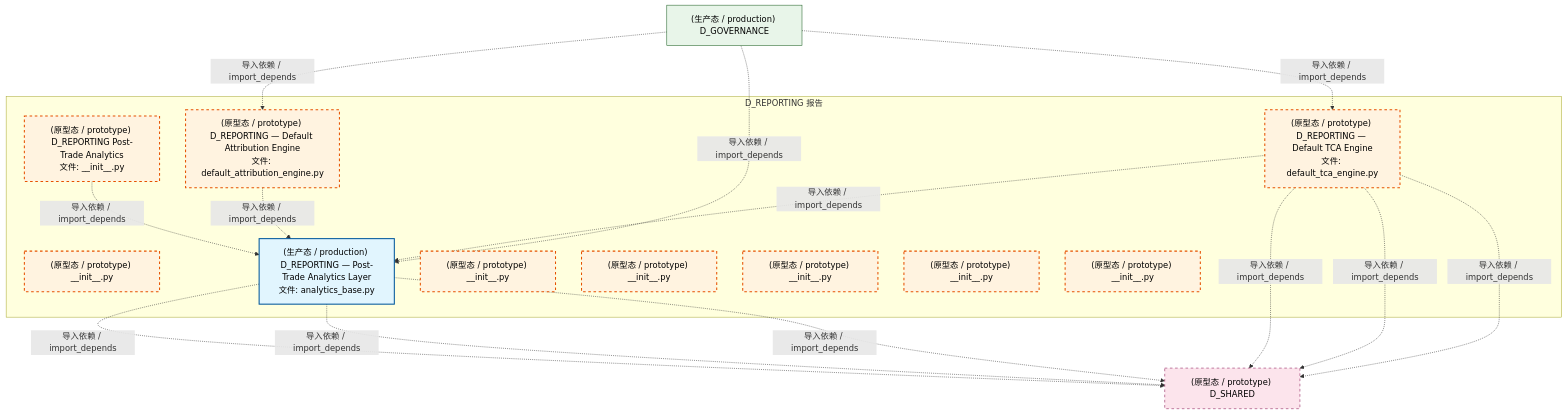
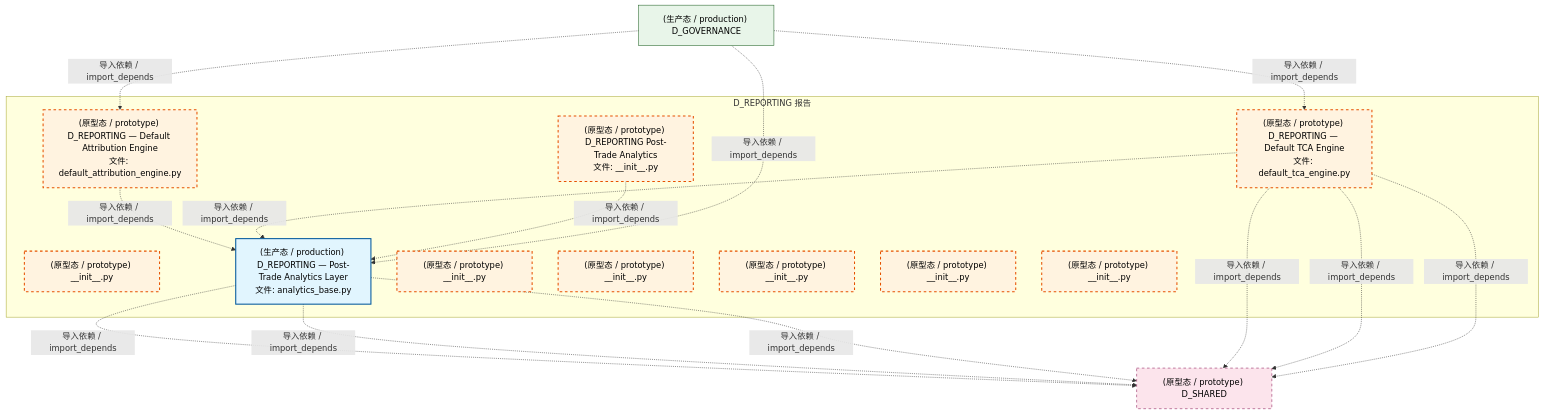
One commit to xuanFelixVan/ZephyrAlpha changed the first of 4 diagrams in docs/02_enterprise_architecture/02_domain_architecture_docs/16_d_reporting.md. Above: the diagram before and after it, drawn with Mermaid. The commit also changed other lines of this file and 100 other files, not shown here.

````diff
--- a/docs/02_enterprise_architecture/02_domain_architecture_docs/16_d_reporting.md
+++ b/docs/02_enterprise_architecture/02_domain_architecture_docs/16_d_reporting.md
@@ -73,37 +73,37 @@
 ```mermaid
 graph TD
     subgraph D_REPORTING["D_REPORTING 报告"]
         src_zephyr_reporting_init_py["(原型态 / prototype) D_REPORTING Post-Trade Analytics<br/>文件: __init__.py"]
         src_zephyr_reporting_extensions_init_py["(原型态 / prototype) __init__.py"]
         src_zephyr_reporting_analytics_base_py["(生产态 / production) D_REPORTING — Post-Trade Analytics Layer<br/>文件: analytics_base.py"]
         src_zephyr_reporting_api_init_py["(原型态 / prototype) __init__.py"]
         src_zephyr_reporting_core_init_py["(原型态 / prototype) __init__.py"]
         src_zephyr_reporting_default_attribution_engine_py["(原型态 / prototype) D_REPORTING — Default Attribution Engine<br/>文件: default_attribution_engine.py"]
         src_zephyr_reporting_default_tca_engine_py["(原型态 / prototype) D_REPORTING — Default TCA Engine<br/>文件: default_tca_engine.py"]
         src_zephyr_reporting_infrastructure_init_py["(原型态 / prototype) __init__.py"]
         src_zephyr_reporting_models_init_py["(原型态 / prototype) __init__.py"]
         src_zephyr_reporting_services_init_py["(原型态 / prototype) __init__.py"]
     end
-    src_zephyr_reporting_init_py -.->|导入依赖 / import_depends| src_zephyr_reporting_analytics_base_py
     src_zephyr_reporting_default_attribution_engine_py -.->|导入依赖 / import_depends| src_zephyr_reporting_analytics_base_py
     src_zephyr_reporting_default_tca_engine_py -.->|导入依赖 / import_depends| src_zephyr_reporting_analytics_base_py
+    src_zephyr_reporting_init_py -.->|导入依赖 / import_depends| src_zephyr_reporting_analytics_base_py
     D_SHARED["(原型态 / prototype) D_SHARED"]
     src_zephyr_reporting_analytics_base_py -.->|导入依赖 / import_depends| D_SHARED
     src_zephyr_reporting_analytics_base_py -.->|导入依赖 / import_depends| D_SHARED
     src_zephyr_reporting_analytics_base_py -.->|导入依赖 / import_depends| D_SHARED
     src_zephyr_reporting_default_tca_engine_py -.->|导入依赖 / import_depends| D_SHARED
     src_zephyr_reporting_default_tca_engine_py -.->|导入依赖 / import_depends| D_SHARED
     src_zephyr_reporting_default_tca_engine_py -.->|导入依赖 / import_depends| D_SHARED
     D_GOVERNANCE["(生产态 / production) D_GOVERNANCE"]
     D_GOVERNANCE -.->|导入依赖 / import_depends| src_zephyr_reporting_default_tca_engine_py
     D_GOVERNANCE -.->|导入依赖 / import_depends| src_zephyr_reporting_default_attribution_engine_py
     D_GOVERNANCE -.->|导入依赖 / import_depends| src_zephyr_reporting_analytics_base_py
     classDef production fill:#e1f5fe,stroke:#01579b,stroke-width:2px,color:#000
     classDef design fill:#fff3e0,stroke:#e65100,stroke-width:2px,color:#000,stroke-dasharray: 5 5
     classDef external_prod fill:#e8f5e9,stroke:#1b5e20,stroke-width:1px,color:#000
     classDef external_design fill:#fce4ec,stroke:#880e4f,stroke-width:1px,color:#000,stroke-dasharray: 5 5
     class src_zephyr_reporting_analytics_base_py production
     class src_zephyr_reporting_init_py,src_zephyr_reporting_extensions_init_py,src_zephyr_reporting_api_init_py,src_zephyr_reporting_core_init_py,src_zephyr_reporting_default_attribution_engine_py,src_zephyr_reporting_default_tca_engine_py,src_zephyr_reporting_infrastructure_init_py,src_zephyr_reporting_models_init_py,src_zephyr_reporting_services_init_py design
     class D_GOVERNANCE external_prod
     class D_SHARED external_design
 ```
````
